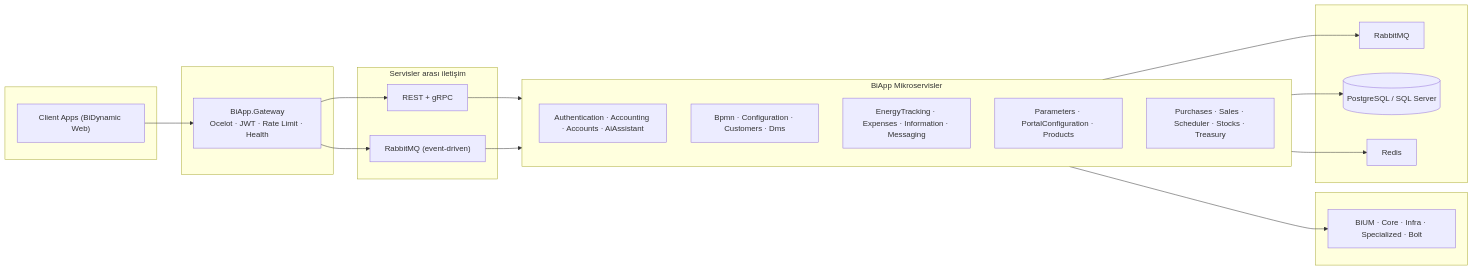
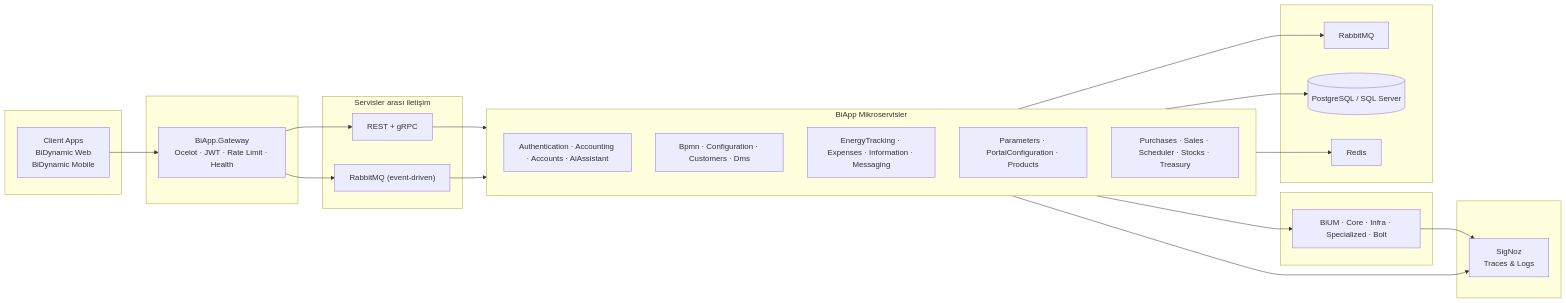
One commit to FOA-FunctiOnAir/BiUM changed the first of 2 diagrams in docs/BiDynamic_Topology.md. Above: the diagram before and after it, drawn with Mermaid. The commit also changed other lines of this file and 3 other files, not shown here.

````diff
--- a/docs/BiDynamic_Topology.md
+++ b/docs/BiDynamic_Topology.md
@@ -15,44 +16,50 @@
 ```mermaid
 flowchart LR
     subgraph Clients[" "]
-        CA["Client Apps (BiDynamic Web)"]
+        CA["Client Apps<br/>BiDynamic Web<br/>BiDynamic Mobile"]
     end
 
     subgraph Gateway[" "]
         GW[BiApp.Gateway<br/>Ocelot · JWT · Rate Limit · Health]
     end
 
     subgraph Comms["Servisler arası iletişim"]
         REST[REST + gRPC]
         MQ["RabbitMQ (event-driven)"]
     end
 
     subgraph Services["BiApp Mikroservisler"]
         direction TB
         S1[Authentication · Accounting · Accounts · AiAssistant]
         S2[Bpmn · Configuration · Customers · Dms]
         S3[EnergyTracking · Expenses · Information · Messaging]
         S4[Parameters · PortalConfiguration · Products]
         S5[Purchases · Sales · Scheduler · Stocks · Treasury]
     end
 
     subgraph Platform[" "]
         BIUM[BiUM · Core · Infra · Specialized · Bolt]
     end
 
+    subgraph Observability[" "]
+        SigNoz[SigNoz<br/>Traces & Logs]
+    end
+
     subgraph Data[" "]
         Rabbit[RabbitMQ]
         DB[(PostgreSQL / SQL Server)]
         Redis[Redis]
     end
 
     CA --> GW
     GW --> REST
     GW --> MQ
     REST --> Services
     MQ --> Services
     Services --> BIUM
+    Services --> SigNoz
+    BIUM --> SigNoz
     Services --> Rabbit
     Services --> DB
     Services --> Redis
 ```
````
